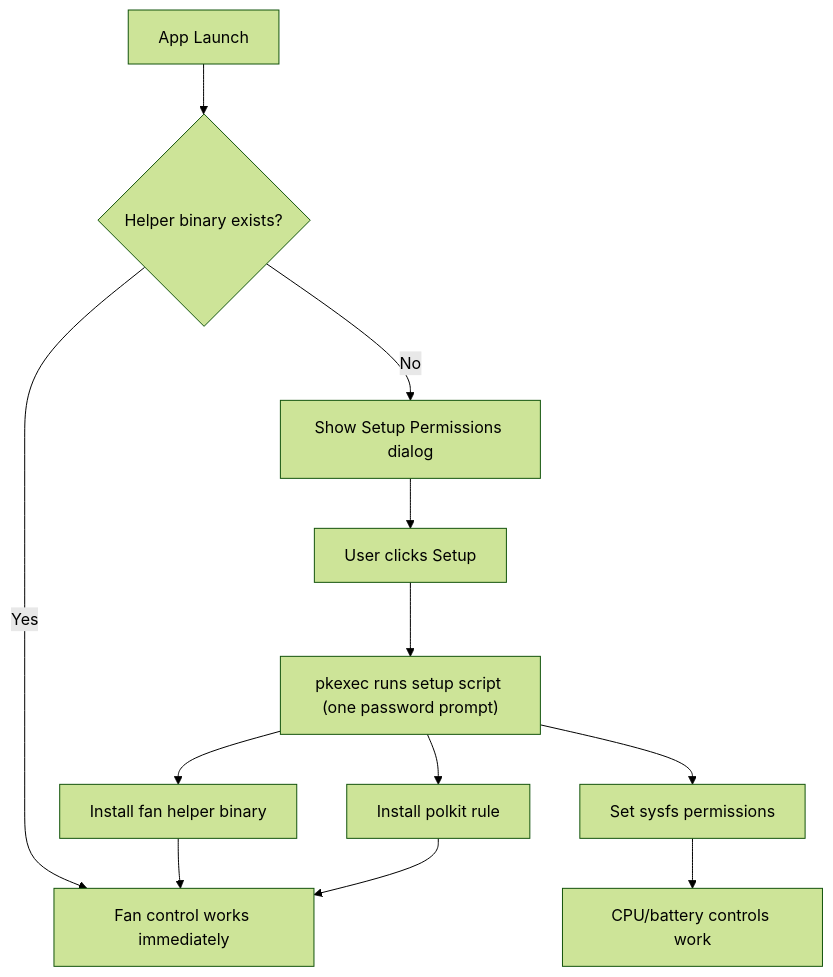
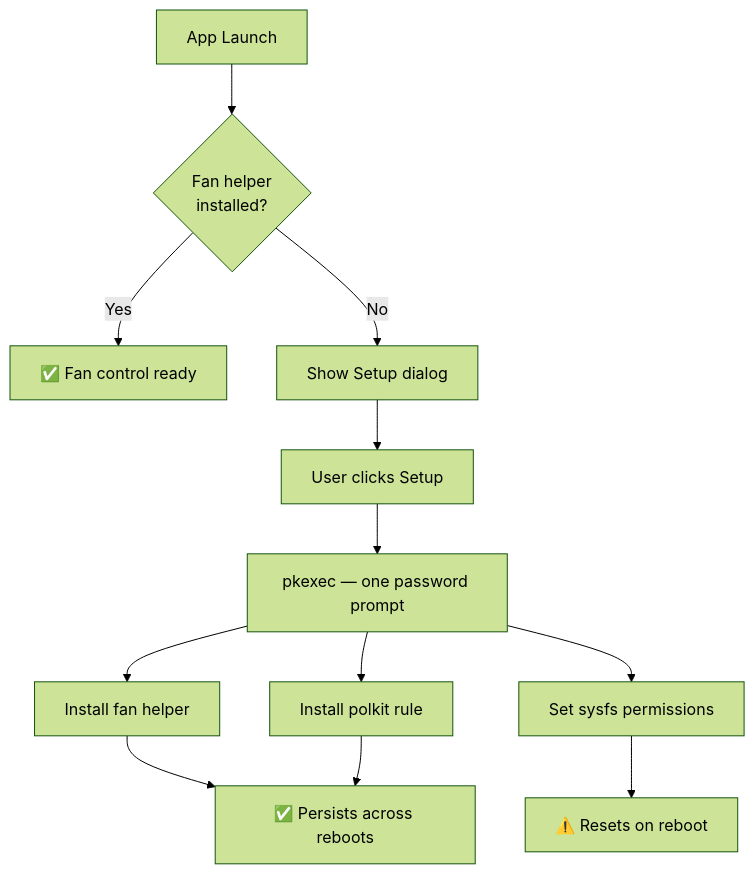
One commit to vietanhdev/ThinkUtils changed the third of 3 diagrams in docs/development/architecture.md. Above: the diagram before and after it, drawn with Mermaid (forest theme). The commit also changed other lines of this file and 4 other files, not shown here.

First line of the commit message:
docs: fix Mermaid diagrams for light/dark mode

````diff
--- a/docs/development/architecture.md
+++ b/docs/development/architecture.md
@@ -116,14 +80,13 @@
 ```mermaid
 flowchart TD
-    A[App Launch] --> B{Helper binary exists?}
-    B -->|Yes| C[Fan control works immediately]
-    B -->|No| D[Show Setup Permissions dialog]
-    D --> E[User clicks Setup]
-    E --> F["pkexec runs setup script (one password prompt)"]
-    F --> G[Install fan helper binary]
-    F --> H[Install polkit rule]
-    F --> I[Set sysfs permissions]
-    G --> C
-    H --> C
-    I --> J[CPU/battery controls work]
+    A["App Launch"] --> B{"Fan helper\ninstalled?"}
+    B -- Yes --> C["✅ Fan control ready"]
+    B -- No --> D["Show Setup dialog"]
+    D --> E["User clicks Setup"]
+    E --> F["pkexec — one password prompt"]
+    F --> G["Install fan helper"]
+    F --> H["Install polkit rule"]
+    F --> I["Set sysfs permissions"]
+    G & H --> J["✅ Persists across reboots"]
+    I --> K["⚠️ Resets on reboot"]
 ```
````
